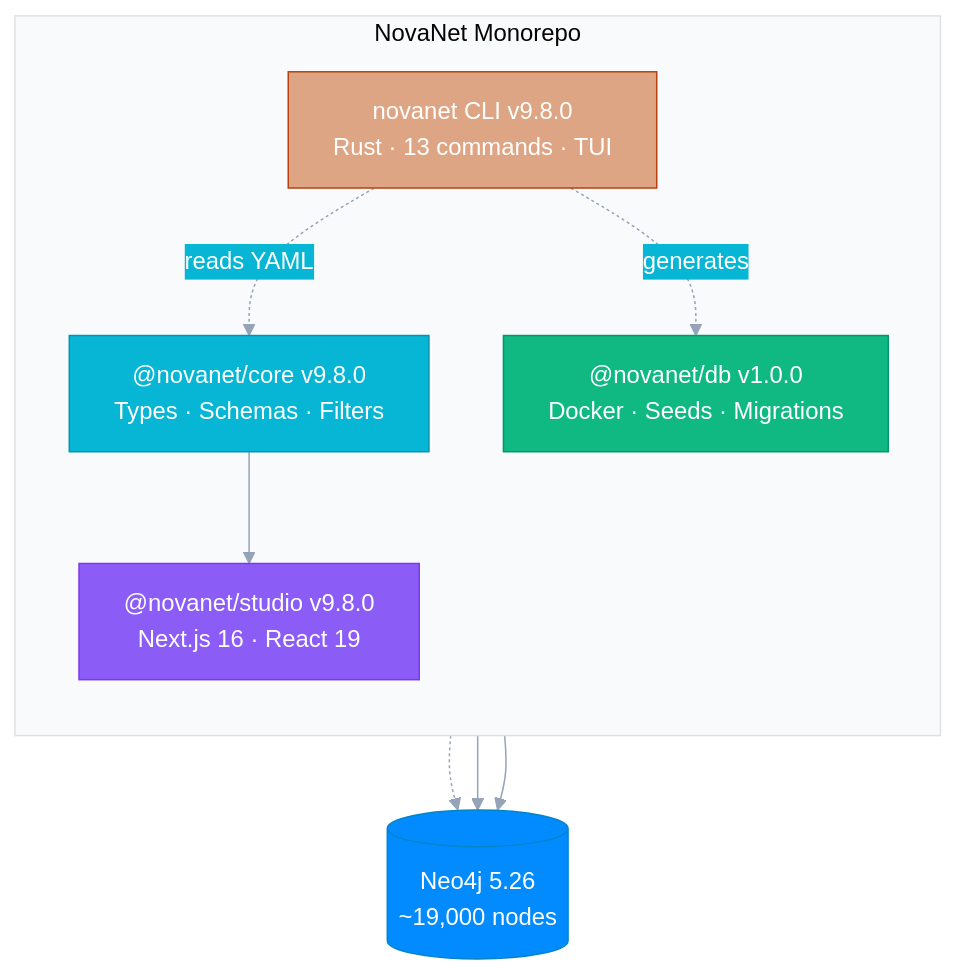
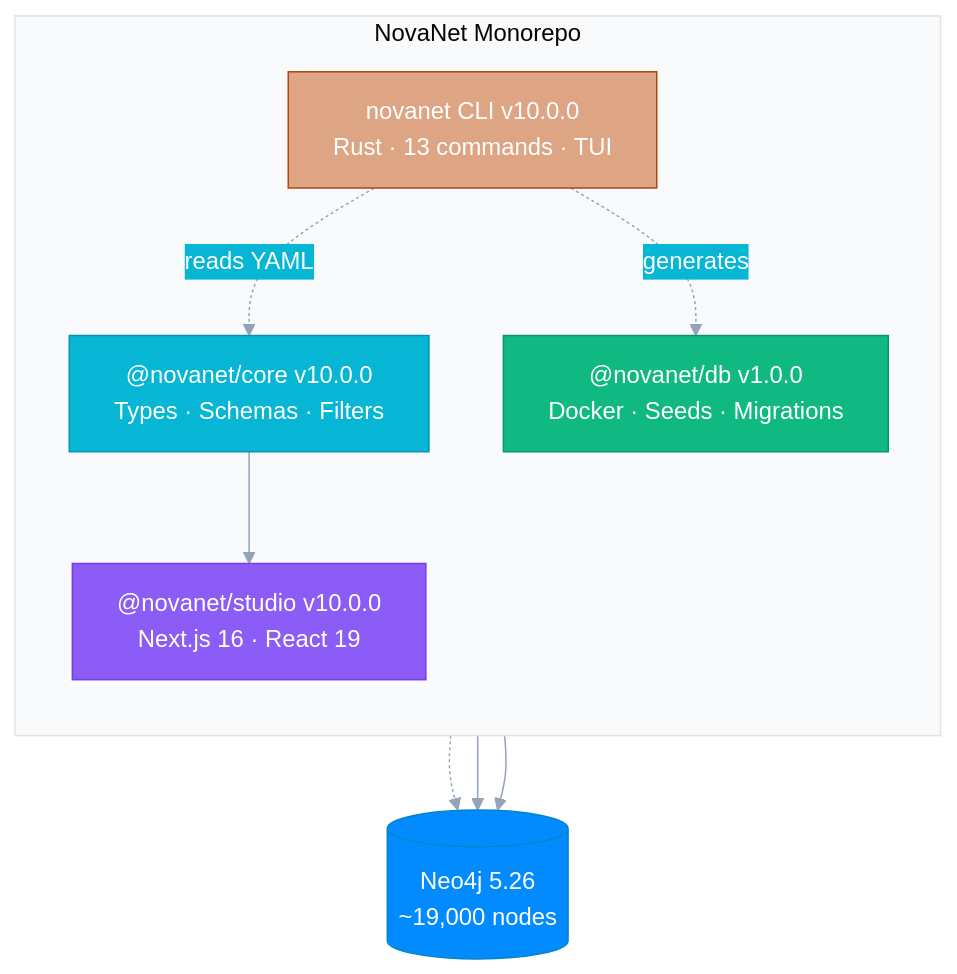
The diagram in README.md (supernovae-st/novanet), drawn with Mermaid before and after one commit. The commit also changed other lines of this file and 6 other files, not shown here.

````diff
--- a/README.md
+++ b/README.md
@@ -45,33 +45,33 @@
 ```mermaid
 %%{init: {'theme': 'base', 'themeVariables': {
   'primaryColor': '#6366f1',
   'primaryTextColor': '#fff',
   'primaryBorderColor': '#4f46e5',
   'lineColor': '#94a3b8',
   'secondaryColor': '#06b6d4',
   'tertiaryColor': '#f8fafc'
 }}}%%
 flowchart TB
     subgraph MONO["NovaNet Monorepo"]
         direction TB
-        CORE["@novanet/core v9.8.0\nTypes · Schemas · Filters"]
+        CORE["@novanet/core v10.0.0\nTypes · Schemas · Filters"]
         DB["@novanet/db v1.0.0\nDocker · Seeds · Migrations"]
-        STUDIO["@novanet/studio v9.8.0\nNext.js 16 · React 19"]
-        RUST["novanet CLI v9.8.0\nRust · 13 commands · TUI"]
+        STUDIO["@novanet/studio v10.0.0\nNext.js 16 · React 19"]
+        RUST["novanet CLI v10.0.0\nRust · 13 commands · TUI"]
     end
 
     CORE --> STUDIO
     RUST -.->|reads YAML| CORE
     RUST -.->|generates| DB
 
     NEO4J[("Neo4j 5.26\n~19,000 nodes")]
     DB -.-> NEO4J
     STUDIO --> NEO4J
     RUST --> NEO4J
 
     style CORE fill:#06b6d4,stroke:#0891b2,color:#fff
     style DB fill:#10b981,stroke:#059669,color:#fff
     style STUDIO fill:#8b5cf6,stroke:#7c3aed,color:#fff
     style RUST fill:#DEA584,stroke:#B7410E,color:#fff
     style NEO4J fill:#018bff,stroke:#0284c7,color:#fff
 ```
````
